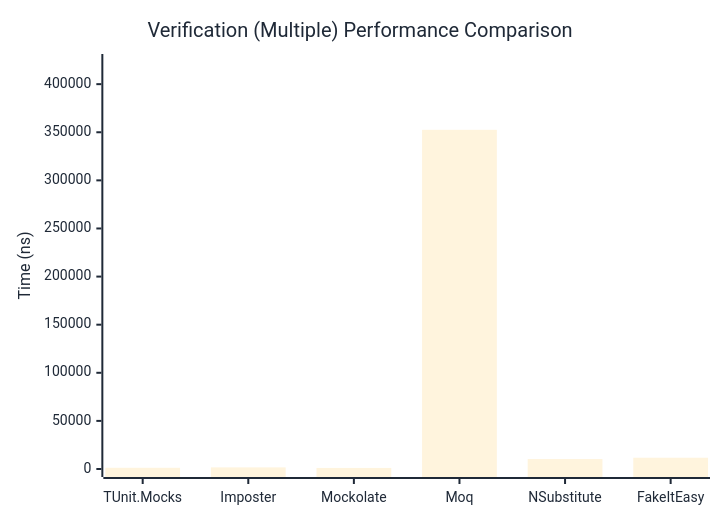
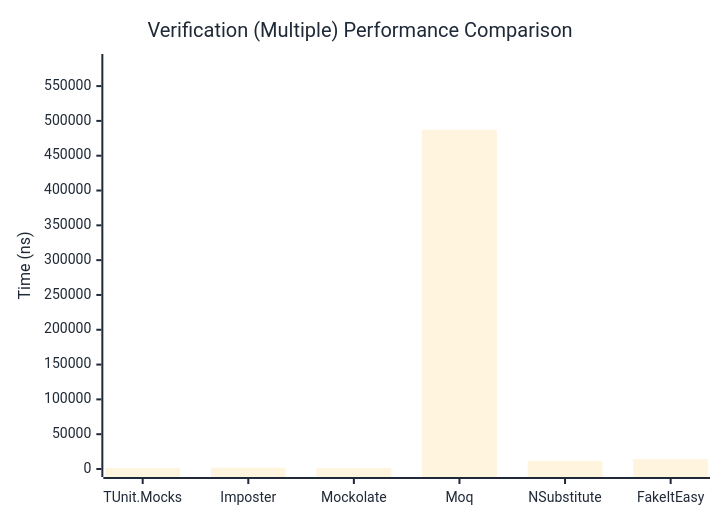
Before and after one commit to thomhurst/TUnit: the third of 3 diagrams in docs/docs/benchmarks/mocks/Verification.md, drawn with Mermaid. The commit also changed other lines of this file and 14 other files, not shown here.

````diff
--- a/docs/docs/benchmarks/mocks/Verification.md
+++ b/docs/docs/benchmarks/mocks/Verification.md
@@ -110,27 +110,27 @@
 ```mermaid
 %%{init: {
   'theme':'base',
   'themeVariables': {
     'primaryColor': '#2563eb',
     'primaryTextColor': '#1f2937',
     'primaryBorderColor': '#1e40af',
     'lineColor': '#6b7280',
     'secondaryColor': '#7c3aed',
     'tertiaryColor': '#dc2626',
     'background': '#ffffff',
     'pie1': '#2563eb',
     'pie2': '#7c3aed',
     'pie3': '#dc2626',
     'pie4': '#f59e0b',
     'pie5': '#10b981',
     'pie6': '#06b6d4',
     'pie7': '#ec4899',
     'pie8': '#6366f1'
   }
 }}%%
 xychart-beta
   title "Verification (Multiple) Performance Comparison"
   x-axis ["TUnit.Mocks", "Imposter", "Mockolate", "Moq", "NSubstitute", "FakeItEasy"]
-  y-axis "Time (ns)" 0 --> 423029
-  bar [1248.69, 1675.38, 1111.26, 352523.72, 10333.48, 11714.57]
+  y-axis "Time (ns)" 0 --> 584607
+  bar [1280.85, 1893.39, 1210.28, 487172.38, 11676.69, 14260.43]
 ```
````
